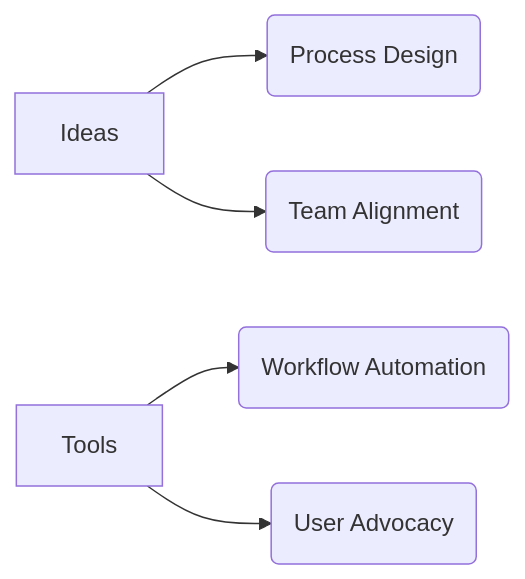
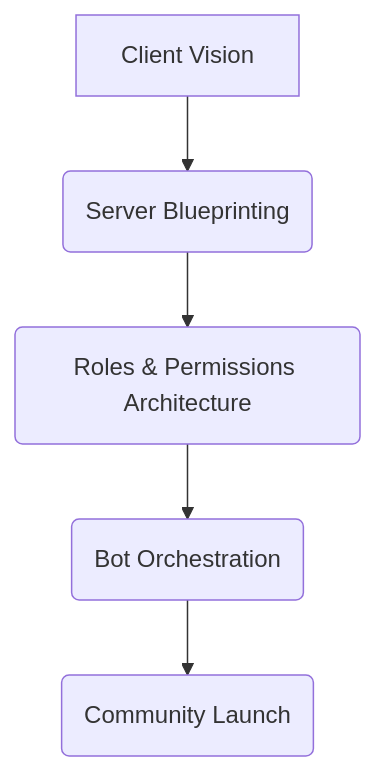
Before and after one commit to troven-team/.github: the diagram in README.md, drawn with Mermaid. The commit also changed other lines of this file, not shown here.

````diff
--- a/README.md
+++ b/README.md
@@ -23,7 +23,7 @@
 ```mermaid
-graph LR
-  A[Ideas] --> B(Process Design)
-  A --> C(Team Alignment)
-  D[Tools] --> E(Workflow Automation)
-  D --> F(User Advocacy)
+graph TD
+  A[Client Vision] --> B(Server Blueprinting)
+  B --> C(Roles & Permissions Architecture)
+  C --> D(Bot Orchestration)
+  D --> E(Community Launch)
 ```
````
